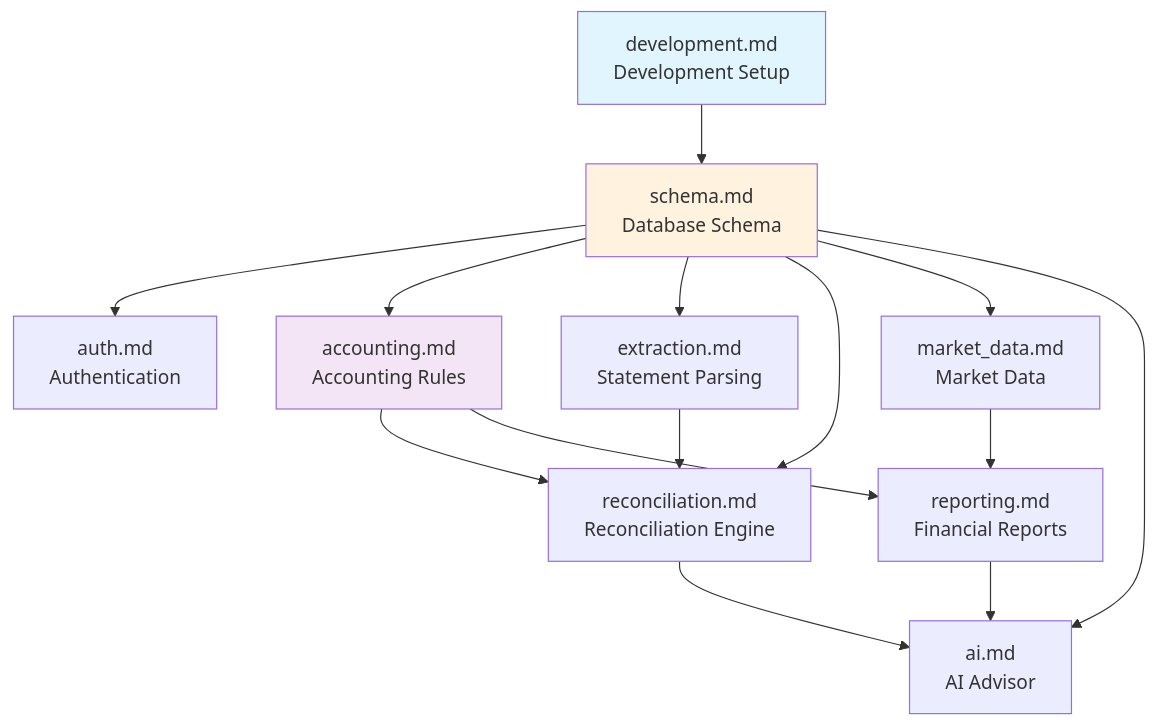
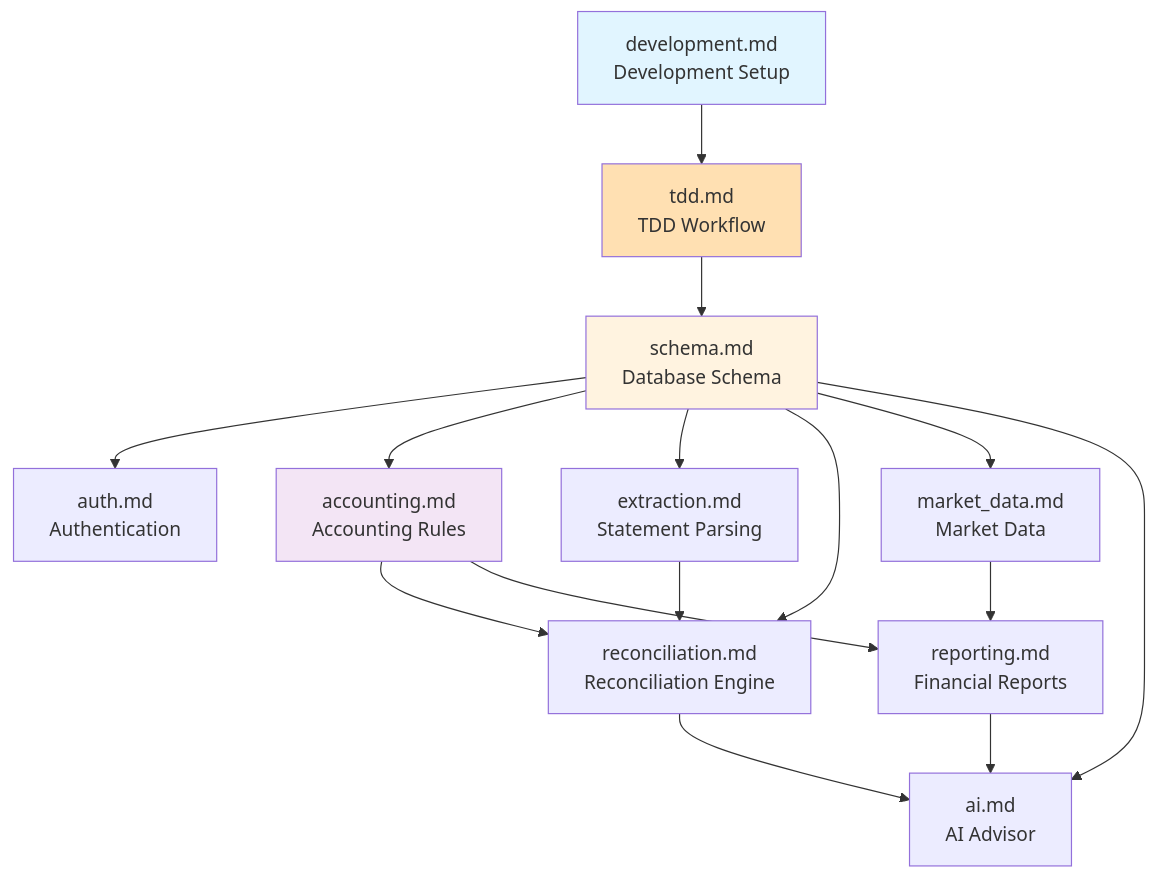
Before and after one commit to wangzitian0/finance_report: the diagram in docs/ssot/README.md, drawn with Mermaid. The commit also changed other lines of this file and 8 other files, not shown here.

````diff
--- a/docs/ssot/README.md
+++ b/docs/ssot/README.md
@@ -55,21 +57,23 @@
 ```mermaid
 flowchart TD
-    development[development.md<br/>Development Setup] --> schema[schema.md<br/>Database Schema]
+    development[development.md<br/>Development Setup] --> tdd[tdd.md<br/>TDD Workflow]
+    tdd --> schema[schema.md<br/>Database Schema]
     schema --> auth[auth.md<br/>Authentication]
     schema --> accounting[accounting.md<br/>Accounting Rules]
     schema --> extraction[extraction.md<br/>Statement Parsing]
     schema --> reconciliation[reconciliation.md<br/>Reconciliation Engine]
     schema --> market_data[market_data.md<br/>Market Data]
     schema --> ai[ai.md<br/>AI Advisor]
     
     extraction --> reconciliation
     accounting --> reconciliation
     accounting --> reporting[reporting.md<br/>Financial Reports]
     market_data --> reporting
     reporting --> ai
     reconciliation --> ai
     
     style development fill:#e1f5ff
+    style tdd fill:#ffe0b2
     style schema fill:#fff3e0
     style accounting fill:#f3e5f5
 ```
````
